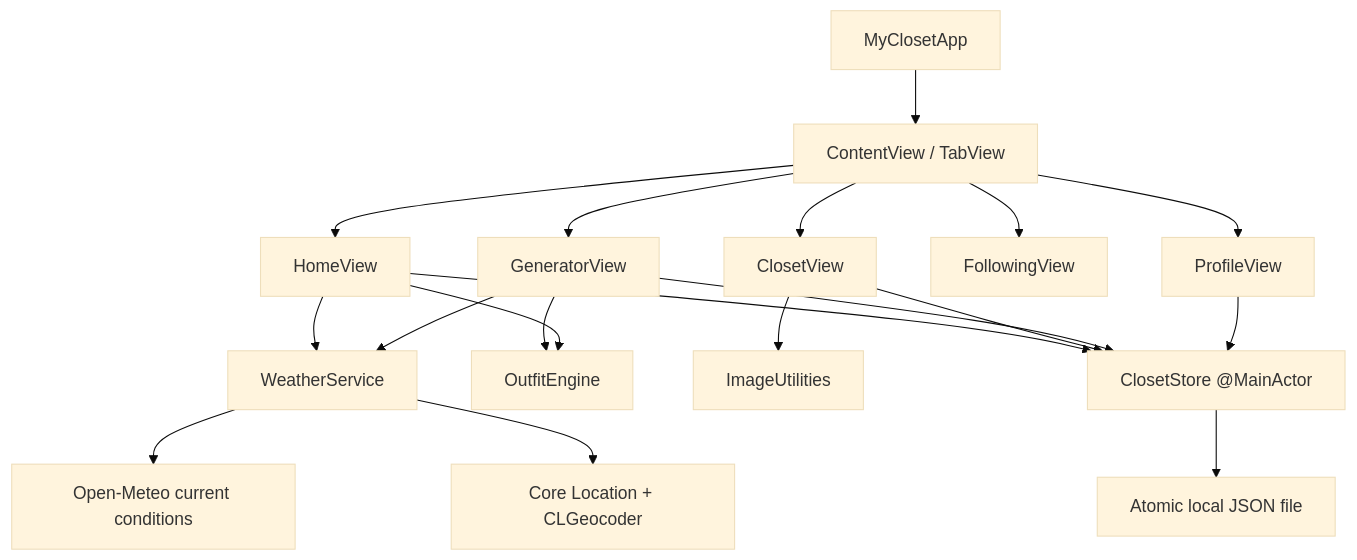
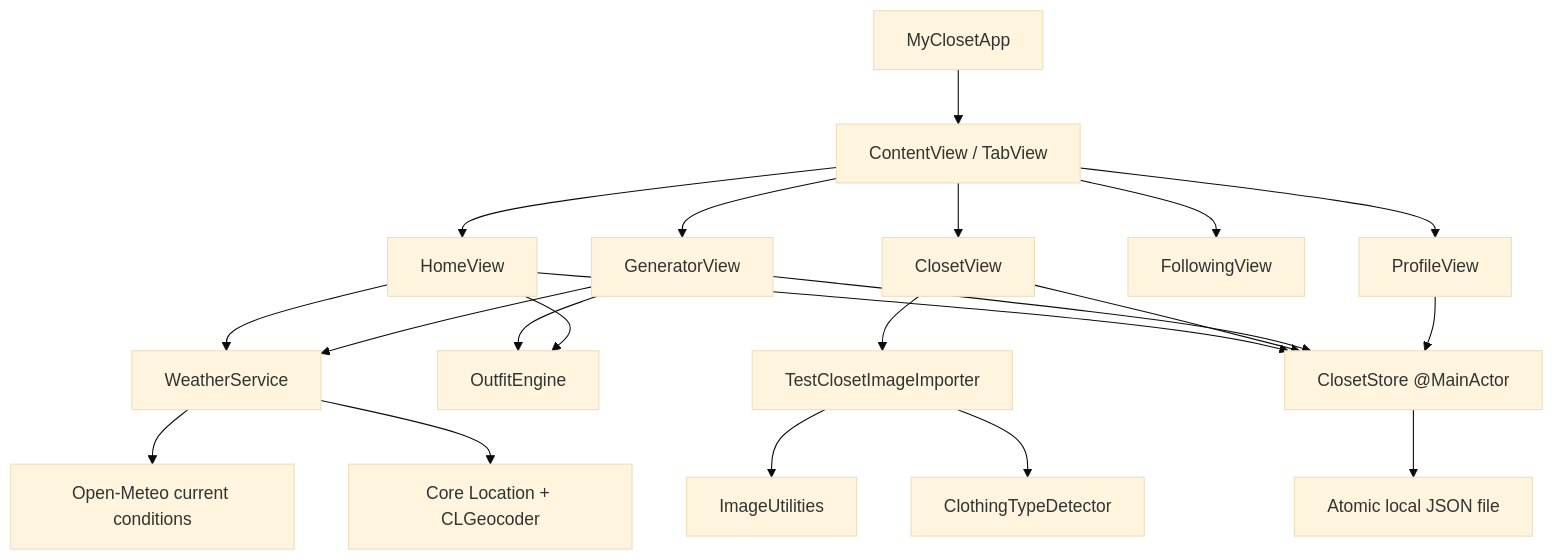
One commit to mkodithuwakku/myCloset changed the first of 2 diagrams in docs/ARCHITECTURE.md. Above: the diagram before and after it, drawn with Mermaid (base theme). The commit also changed other lines of this file and 16 other files, not shown here.

Commit message:
Add bulk test closet image import

````diff
--- a/docs/ARCHITECTURE.md
+++ b/docs/ARCHITECTURE.md
@@ -21,23 +21,25 @@
 ```mermaid
 flowchart TB
     App["MyClosetApp"] --> Tabs["ContentView / TabView"]
     Tabs --> Home["HomeView"]
     Tabs --> Closet["ClosetView"]
     Tabs --> Generate["GeneratorView"]
     Tabs --> Following["FollowingView"]
     Tabs --> Profile["ProfileView"]
 
     Home --> Store["ClosetStore @MainActor"]
     Closet --> Store
     Generate --> Store
     Profile --> Store
     Generate --> Engine["OutfitEngine"]
     Home --> Engine
-    Closet --> Images["ImageUtilities"]
+    Closet --> Importer["TestClosetImageImporter"]
+    Importer --> Types["ClothingTypeDetector"]
+    Importer --> Images["ImageUtilities"]
 
     Store --> JSON["Atomic local JSON file"]
     Home --> Weather["WeatherService"]
     Generate --> Weather
     Weather --> CoreLocation["Core Location + CLGeocoder"]
     Weather --> OpenMeteo["Open-Meteo current conditions"]
 ```
````
